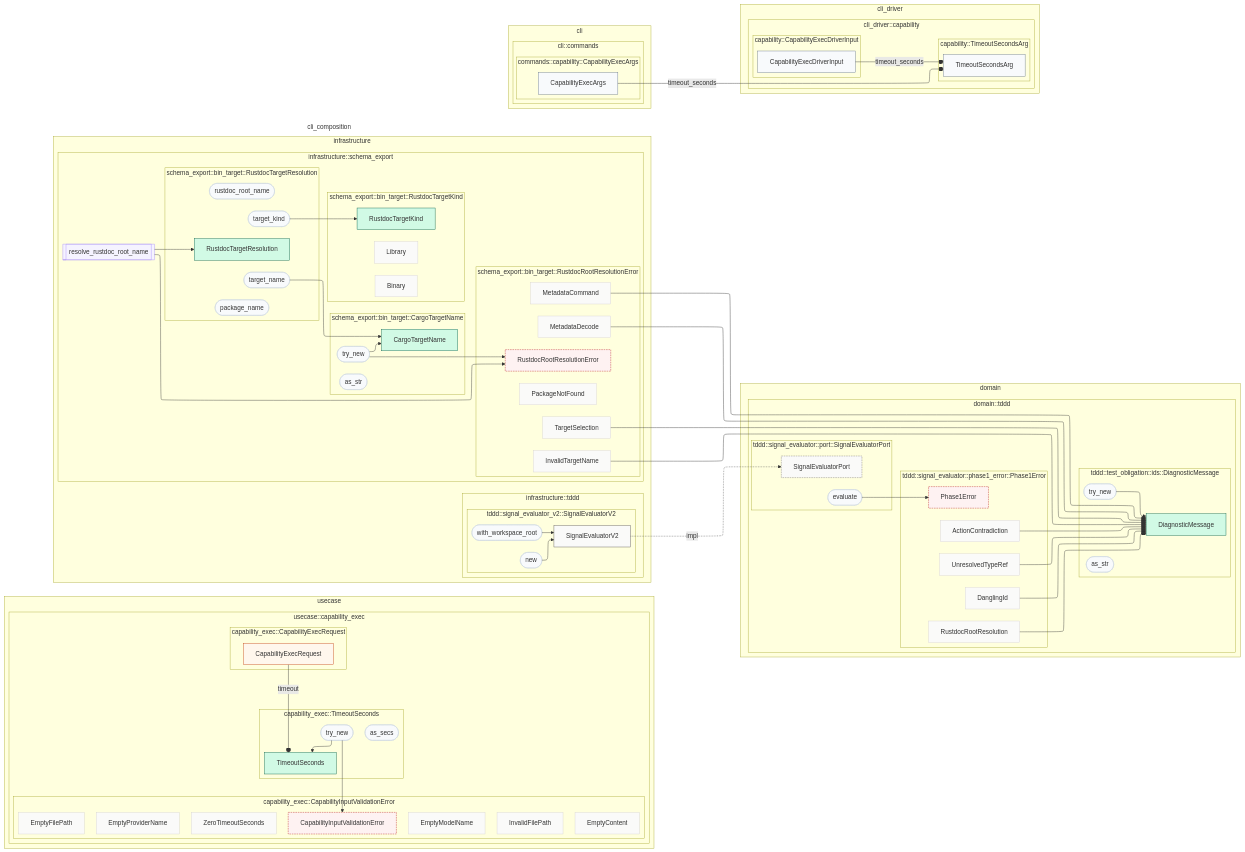
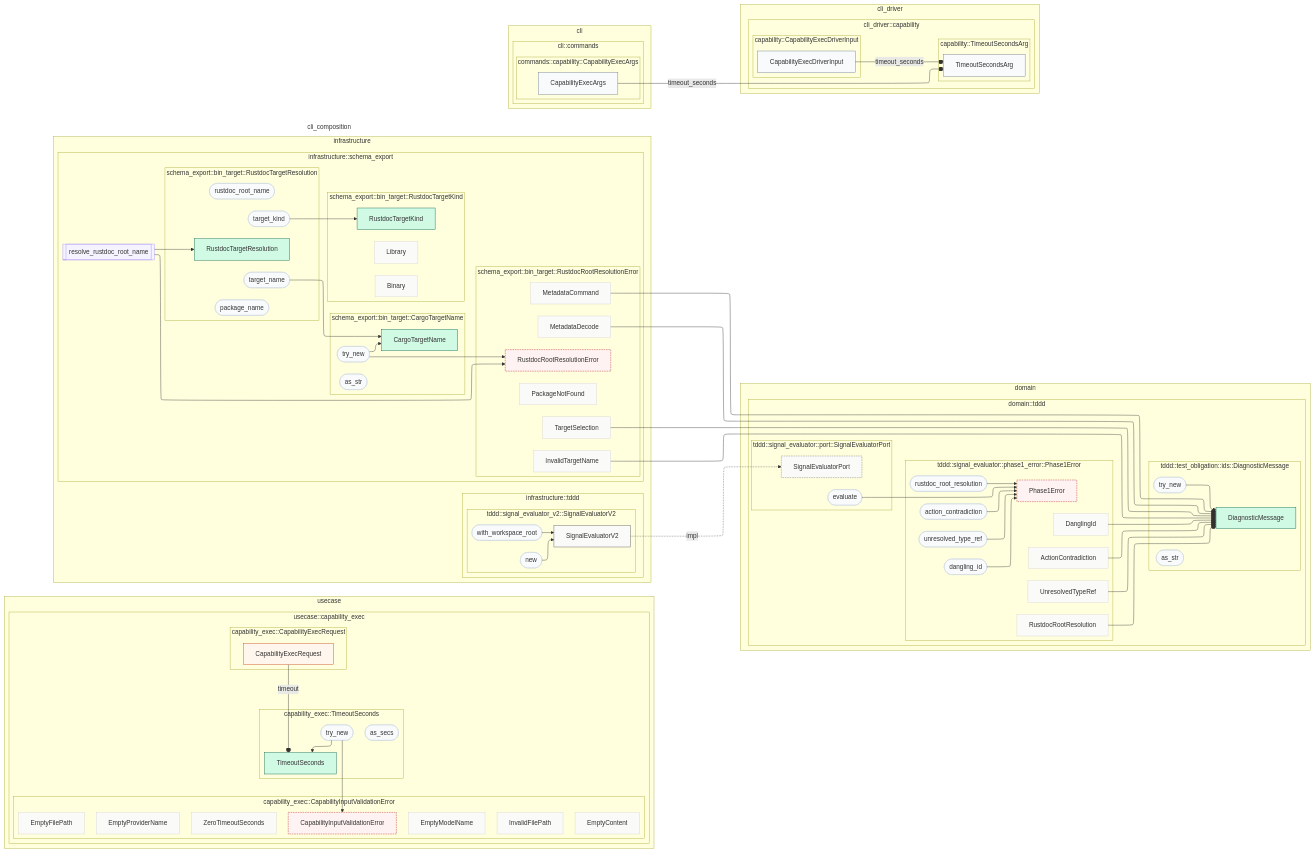
One commit to Flip451/SoTOHE-core changed the diagram in track/items/capability-exec-infra-repair-2026-07-13/contract-map.md. Above: the diagram before and after it, drawn with Mermaid. The commit also changed 45 other files, not shown here.

First line of the commit message:
feat(capability-exec): timeout CLI flag と rustdoc-root 翻訳一元化を実装 (T001+T002)

```diff
--- a/track/items/capability-exec-infra-repair-2026-07-13/contract-map.md
+++ b/track/items/capability-exec-infra-repair-2026-07-13/contract-map.md
@@ -44,6 +44,10 @@
     T25_domain_domain_Phase1Error_UnresolvedTypeRef[UnresolvedTypeRef]
     T25_domain_domain_Phase1Error_DanglingId[DanglingId]
     T25_domain_domain_Phase1Error_RustdocRootResolution[RustdocRootResolution]
+    T25_domain_domain_Phase1Error_action_contradiction([action_contradiction])
+    T25_domain_domain_Phase1Error_unresolved_type_ref([unresolved_type_ref])
+    T25_domain_domain_Phase1Error_dangling_id([dangling_id])
+    T25_domain_domain_Phase1Error_rustdoc_root_resolution([rustdoc_root_resolution])
   end
   subgraph R33_domain_domain_SignalEvaluatorPort["tddd::signal_evaluator::port::SignalEvaluatorPort"]
     direction TB
@@ -155,6 +159,10 @@
 T25_domain_domain_Phase1Error_UnresolvedTypeRef --o T31_domain_domain_DiagnosticMessage__self
 T25_domain_domain_Phase1Error_DanglingId --o T31_domain_domain_DiagnosticMessage__self
 T25_domain_domain_Phase1Error_RustdocRootResolution --o T31_domain_domain_DiagnosticMessage__self
+T25_domain_domain_Phase1Error_action_contradiction --> T25_domain_domain_Phase1Error__self
+T25_domain_domain_Phase1Error_unresolved_type_ref --> T25_domain_domain_Phase1Error__self
+T25_domain_domain_Phase1Error_dangling_id --> T25_domain_domain_Phase1Error__self
+T25_domain_domain_Phase1Error_rustdoc_root_resolution --> T25_domain_domain_Phase1Error__self
 R33_domain_domain_SignalEvaluatorPort_evaluate --> T25_domain_domain_Phase1Error__self
 T37_usecase_usecase_CapabilityExecRequest__self --o|timeout| T30_usecase_usecase_TimeoutSeconds__self
 T30_usecase_usecase_TimeoutSeconds_try_new --> T46_usecase_usecase_CapabilityInputValidationError__self
@@ -181,6 +189,10 @@
 class T25_domain_domain_Phase1Error_UnresolvedTypeRef variant_node
 class T25_domain_domain_Phase1Error_DanglingId variant_node
 class T25_domain_domain_Phase1Error_RustdocRootResolution variant_node
+class T25_domain_domain_Phase1Error_action_contradiction method_node
+class T25_domain_domain_Phase1Error_unresolved_type_ref method_node
+class T25_domain_domain_Phase1Error_dangling_id method_node
+class T25_domain_domain_Phase1Error_rustdoc_root_resolution method_node
 class T25_domain_domain_Phase1Error__self error_type
 class R33_domain_domain_SignalEvaluatorPort_evaluate method_node
 class R33_domain_domain_SignalEvaluatorPort__self secondary_port
```
